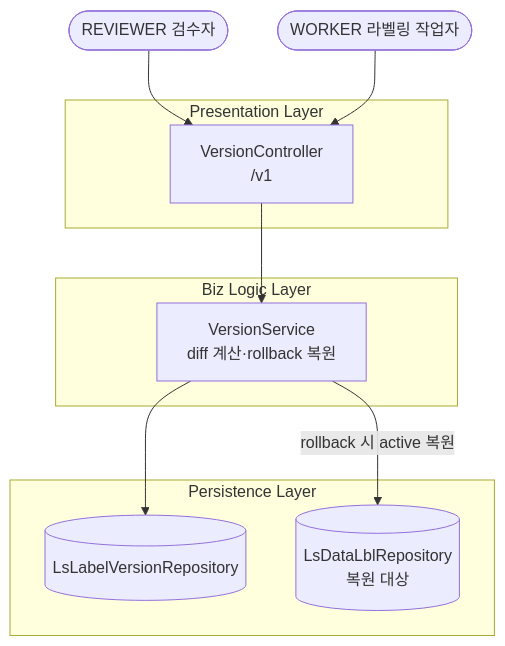
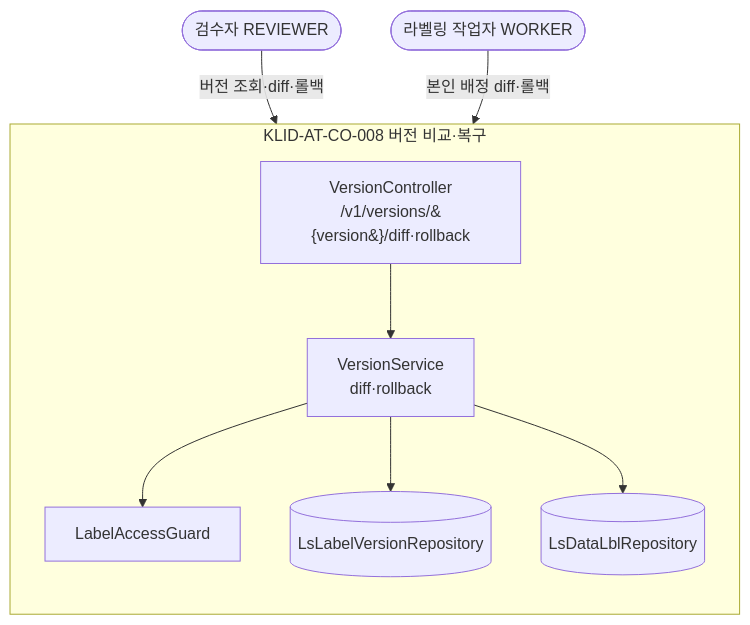
Before and after one commit to New-stella/klid-label: the eighth of 13 diagrams in docs/design/D3-컴포넌트설계서.md, drawn with Mermaid. The commit also changed other lines of this file and 6 other files, not shown here.

````diff
--- a/docs/design/D3-컴포넌트설계서.md
+++ b/docs/design/D3-컴포넌트설계서.md
@@ -300,22 +205,19 @@
 ```mermaid
-flowchart TB
-  REVIEWER([REVIEWER 검수자])
-  WORKER([WORKER 라벨링 작업자])
-
-  subgraph Presentation [Presentation Layer]
-    VerCtrl[VersionController<br/>/v1]
-  end
-  subgraph Biz [Biz Logic Layer]
-    VerSvc[VersionService<br/>diff 계산·rollback 복원]
-  end
-  subgraph Persistence [Persistence Layer]
-    VerRepo[(LsLabelVersionRepository)]
-    LblRepo[(LsDataLblRepository<br/>복원 대상)]
-  end
-
-  REVIEWER --> VerCtrl
-  WORKER --> VerCtrl
-  VerCtrl --> VerSvc
-  VerSvc --> VerRepo
-  VerSvc -->|rollback 시 active 복원| LblRepo
+flowchart TD
+    REVIEWER([검수자 REVIEWER])
+    WORKER([라벨링 작업자 WORKER])
+    subgraph CO008[KLID-AT-CO-008 버전 비교·복구]
+        direction TB
+        VC[VersionController<br/>/v1/versions/&#123;version&#125;/diff·rollback]
+        VS[VersionService<br/>diff·rollback]
+        LAG[LabelAccessGuard]
+        LLV[(LsLabelVersionRepository)]
+        LDL[(LsDataLblRepository)]
+        VC --> VS
+        VS --> LAG
+        VS --> LLV
+        VS --> LDL
+    end
+    REVIEWER -->|버전 조회·diff·롤백| VC
+    WORKER -->|본인 배정 diff·롤백| VC
 ```
````
